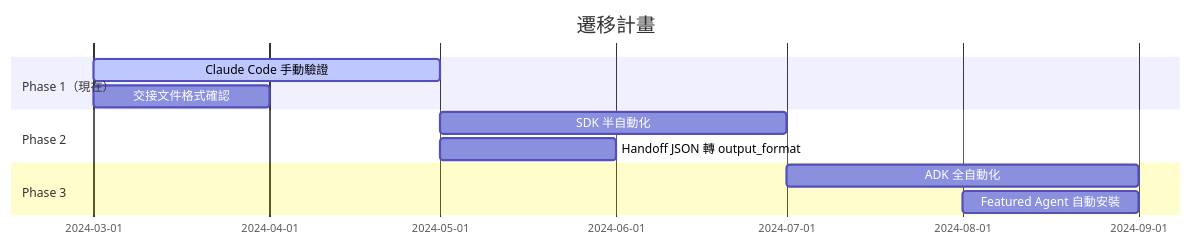
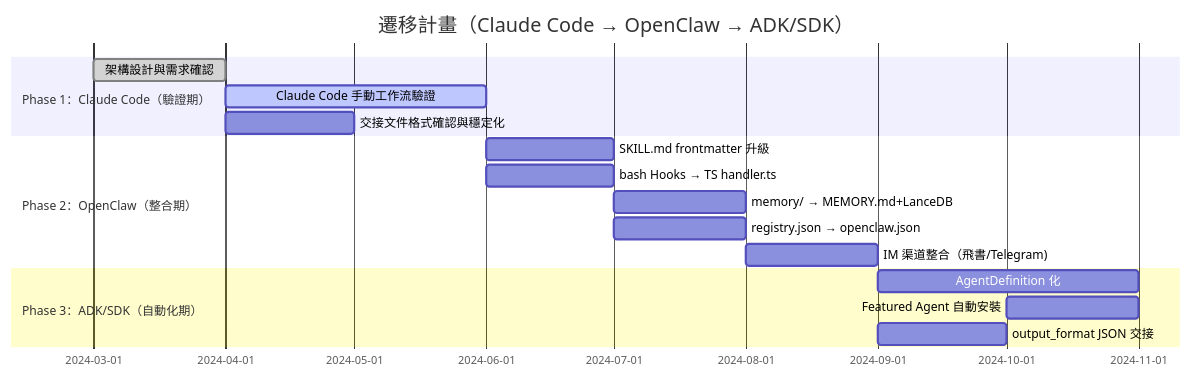
One commit to swchen44/testing changed the tenth of 10 diagrams in agents-design.md. Above: the diagram before and after it, drawn with Mermaid. The commit also changed other lines of this file and 1 other file, not shown here.

First line of the commit message:
docs: add OpenClaw migration plan to requirements and design documents

````diff
--- a/agents-design.md
+++ b/agents-design.md
@@ -691,14 +955,21 @@
 ```mermaid
 gantt
-    title 遷移計畫
+    title 遷移計畫（Claude Code → OpenClaw → ADK/SDK）
     dateFormat  YYYY-MM
-    section Phase 1（現在）
-    Claude Code 手動驗證    :active, p1, 2024-03, 2024-05
-    交接文件格式確認        :p1b, 2024-03, 2024-04
-    section Phase 2
-    SDK 半自動化            :p2, 2024-05, 2024-07
-    Handoff JSON 轉 output_format :p2b, 2024-05, 2024-06
-    section Phase 3
-    ADK 全自動化            :p3, 2024-07, 2024-09
-    Featured Agent 自動安裝 :p3b, 2024-08, 2024-09
+    section Phase 1：Claude Code（驗證期）
+    架構設計與需求確認         :done, p1a, 2024-03, 2024-04
+    Claude Code 手動工作流驗證 :active, p1b, 2024-04, 2024-06
+    交接文件格式確認與穩定化   :p1c, 2024-04, 2024-05
+
+    section Phase 2：OpenClaw（整合期）
+    SKILL.md frontmatter 升級  :p2a, 2024-06, 2024-07
+    bash Hooks → TS handler.ts :p2b, 2024-06, 2024-07
+    memory/ → MEMORY.md+LanceDB:p2c, 2024-07, 2024-08
+    registry.json → openclaw.json:p2d, 2024-07, 2024-08
+    IM 渠道整合（飛書/Telegram):p2e, 2024-08, 2024-09
+
+    section Phase 3：ADK/SDK（自動化期）
+    AgentDefinition 化          :p3a, 2024-09, 2024-11
+    Featured Agent 自動安裝      :p3b, 2024-10, 2024-11
+    output_format JSON 交接      :p3c, 2024-09, 2024-10
 ```
````
